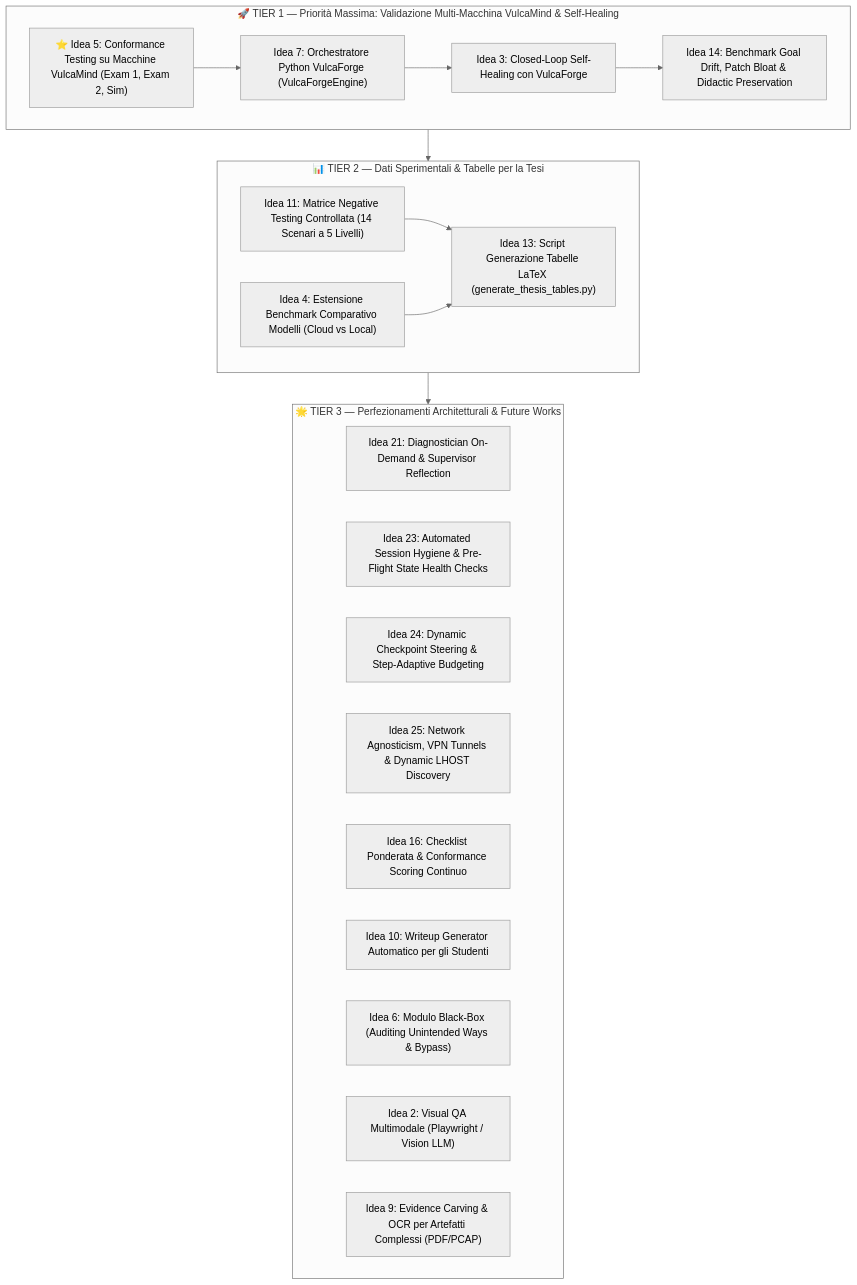
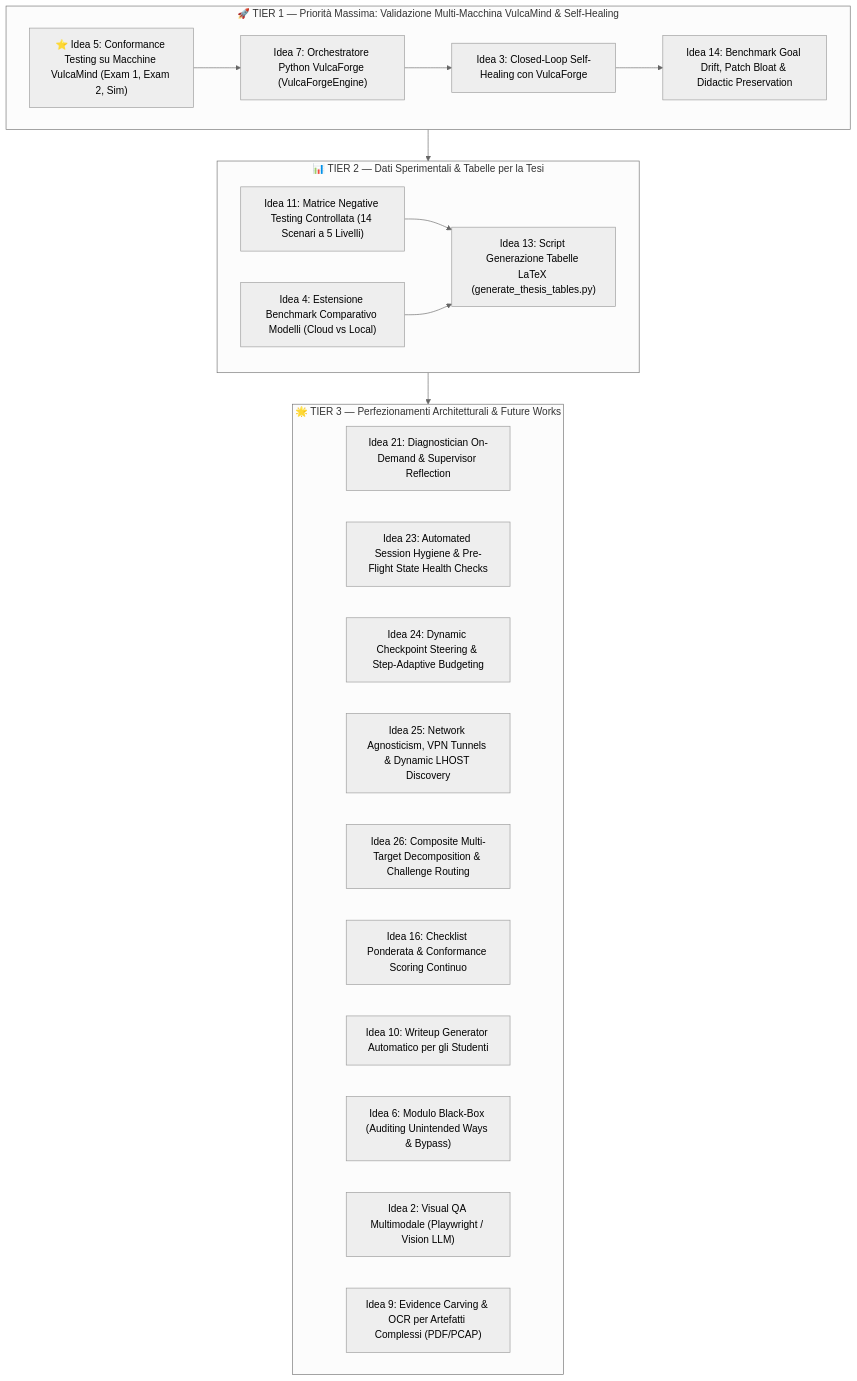
The diagram in content/UNI/ANNO 3/TESI/IDEE SPARSE.md (likingaxis/UNIVE), drawn with Mermaid (neutral theme) before and after one commit. The commit also changed other lines of this file and 5 other files, not shown here.

````diff
--- a/content/UNI/ANNO 3/TESI/IDEE SPARSE.md
+++ b/content/UNI/ANNO 3/TESI/IDEE SPARSE.md
@@ -12,33 +12,34 @@
 ```mermaid
 flowchart TD
     subgraph TIER1 ["🚀 TIER 1 — Priorità Massima: Validazione Multi-Macchina VulcaMind & Self-Healing"]
         I5["⭐ Idea 5: Conformance Testing su Macchine VulcaMind (Exam 1, Exam 2, Sim)"]
         I7["Idea 7: Orchestratore Python VulcaForge (VulcaForgeEngine)"]
         I3["Idea 3: Closed-Loop Self-Healing con VulcaForge"]
         I14["Idea 14: Benchmark Goal Drift, Patch Bloat & Didactic Preservation"]
         I5 --> I7 --> I3 --> I14
     end
 
     subgraph TIER2 ["📊 TIER 2 — Dati Sperimentali & Tabelle per la Tesi"]
         I11["Idea 11: Matrice Negative Testing Controllata (14 Scenari a 5 Livelli)"]
         I4["Idea 4: Estensione Benchmark Comparativo Modelli (Cloud vs Local)"]
         I13["Idea 13: Script Generazione Tabelle LaTeX (generate_thesis_tables.py)"]
         I11 --> I13
         I4 --> I13
     end
 
     subgraph TIER3 ["🌟 TIER 3 — Perfezionamenti Architetturali & Future Works"]
         I21["Idea 21: Diagnostician On-Demand & Supervisor Reflection"]
         I23["Idea 23: Automated Session Hygiene & Pre-Flight State Health Checks"]
         I24["Idea 24: Dynamic Checkpoint Steering & Step-Adaptive Budgeting"]
         I25["Idea 25: Network Agnosticism, VPN Tunnels & Dynamic LHOST Discovery"]
+        I26["Idea 26: Composite Multi-Target Decomposition & Challenge Routing"]
         I16["Idea 16: Checklist Ponderata & Conformance Scoring Continuo"]
         I10["Idea 10: Writeup Generator Automatico per gli Studenti"]
         I6["Idea 6: Modulo Black-Box (Auditing Unintended Ways & Bypass)"]
         I2["Idea 2: Visual QA Multimodale (Playwright / Vision LLM)"]
         I9["Idea 9: Evidence Carving & OCR per Artefatti Complessi (PDF/PCAP)"]
     end
 
     TIER1 --> TIER2
     TIER2 --> TIER3
 ```
````
